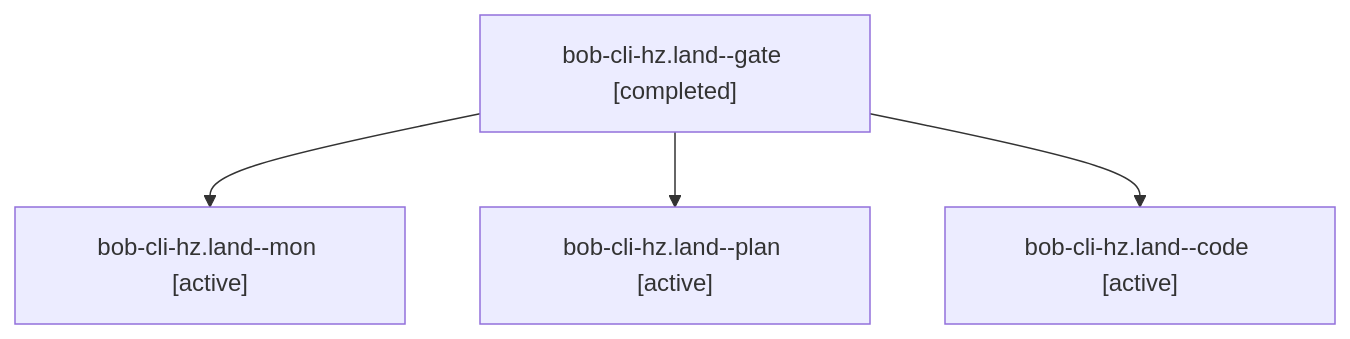
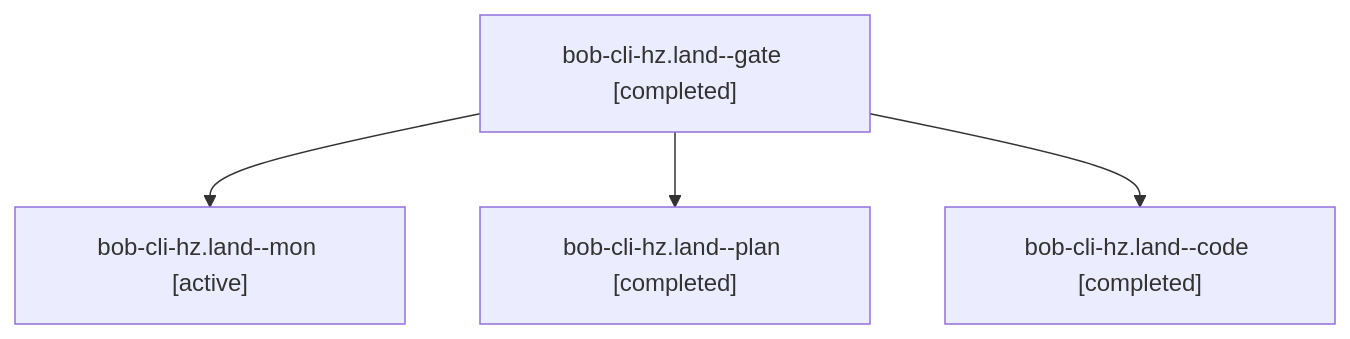
The diagram in sessions/bbugyi200.athena.bob-cli-hz.land.md (bobs-org/bob-cli--agents), drawn with Mermaid before and after one commit. The commit also changed other lines of this file and 43 other files, not shown here.

````diff
--- a/sessions/bbugyi200.athena.bob-cli-hz.land.md
+++ b/sessions/bbugyi200.athena.bob-cli-hz.land.md
@@ -9,10 +9,10 @@
 ```mermaid
 flowchart TD
   n0["bob-cli-hz.land--gate [completed]"]
   n1["bob-cli-hz.land--mon [active]"]
   n0 --> n1
-  n2["bob-cli-hz.land--plan [active]"]
+  n2["bob-cli-hz.land--plan [completed]"]
   n0 --> n2
-  n3["bob-cli-hz.land--code [active]"]
+  n3["bob-cli-hz.land--code [completed]"]
   n0 --> n3
 ```
````
